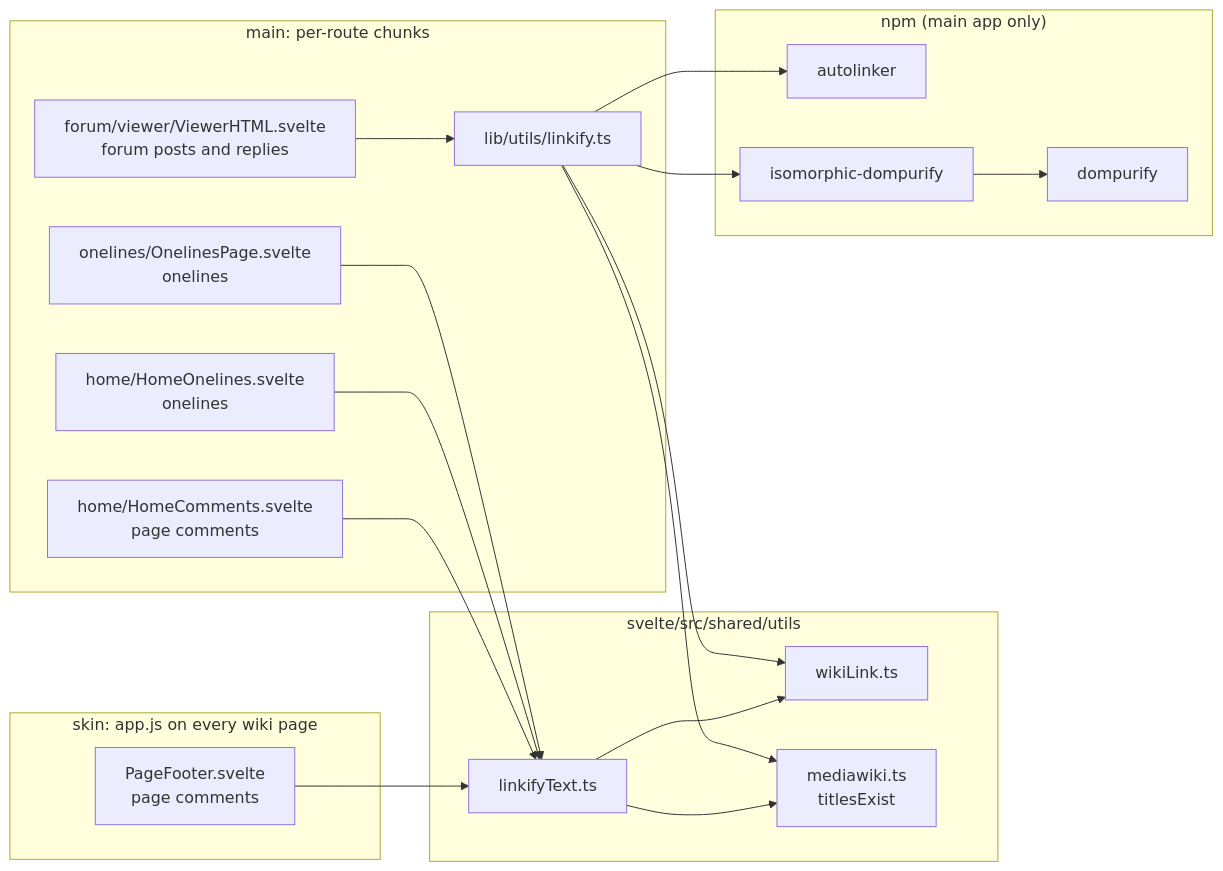
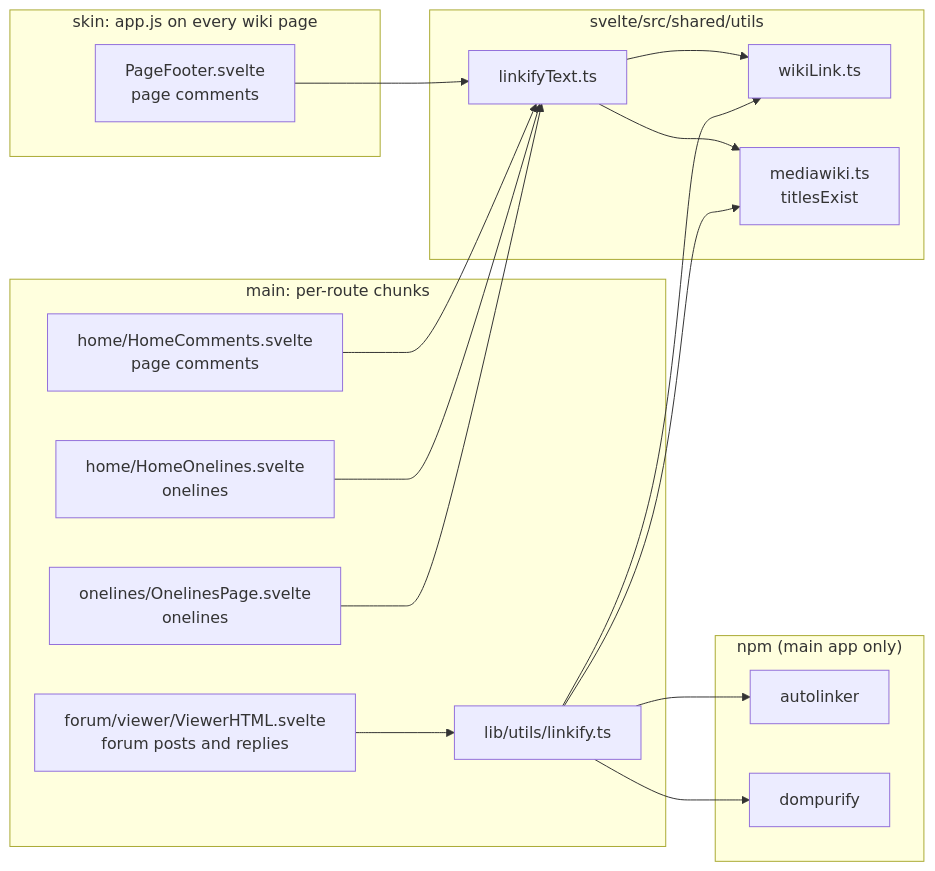
One commit to zetaoss/zengine changed the diagram in docs/front.md. Above: the diagram before and after it, drawn with Mermaid. The commit also changed other lines of this file and 3 other files, not shown here.

First line of the commit message:
linkify: import dompurify instead of isomorphic-dompurify

````diff
--- a/docs/front.md
+++ b/docs/front.md
@@ -21,39 +21,38 @@
 ```mermaid
 flowchart LR
   subgraph skin["skin: app.js on every wiki page"]
     PageFooter["PageFooter.svelte<br/>page comments"]
   end
 
   subgraph main["main: per-route chunks"]
     HomeComments["home/HomeComments.svelte<br/>page comments"]
     HomeOnelines["home/HomeOnelines.svelte<br/>onelines"]
     OnelinesPage["onelines/OnelinesPage.svelte<br/>onelines"]
     ViewerHTML["forum/viewer/ViewerHTML.svelte<br/>forum posts and replies"]
     linkify["lib/utils/linkify.ts"]
   end
 
   subgraph shared["svelte/src/shared/utils"]
     linkifyText["linkifyText.ts"]
     wikiLink["wikiLink.ts"]
     mediawiki["mediawiki.ts<br/>titlesExist"]
   end
 
   subgraph npm["npm (main app only)"]
     autolinker["autolinker"]
-    isodompurify["isomorphic-dompurify"]
     dompurify["dompurify"]
   end
 
   PageFooter --> linkifyText
   HomeComments --> linkifyText
   HomeOnelines --> linkifyText
   OnelinesPage --> linkifyText
   ViewerHTML --> linkify
 
   linkifyText --> wikiLink
   linkifyText --> mediawiki
   linkify --> wikiLink
   linkify --> mediawiki
   linkify --> autolinker
-  linkify --> isodompurify --> dompurify
+  linkify --> dompurify
 ```
````
